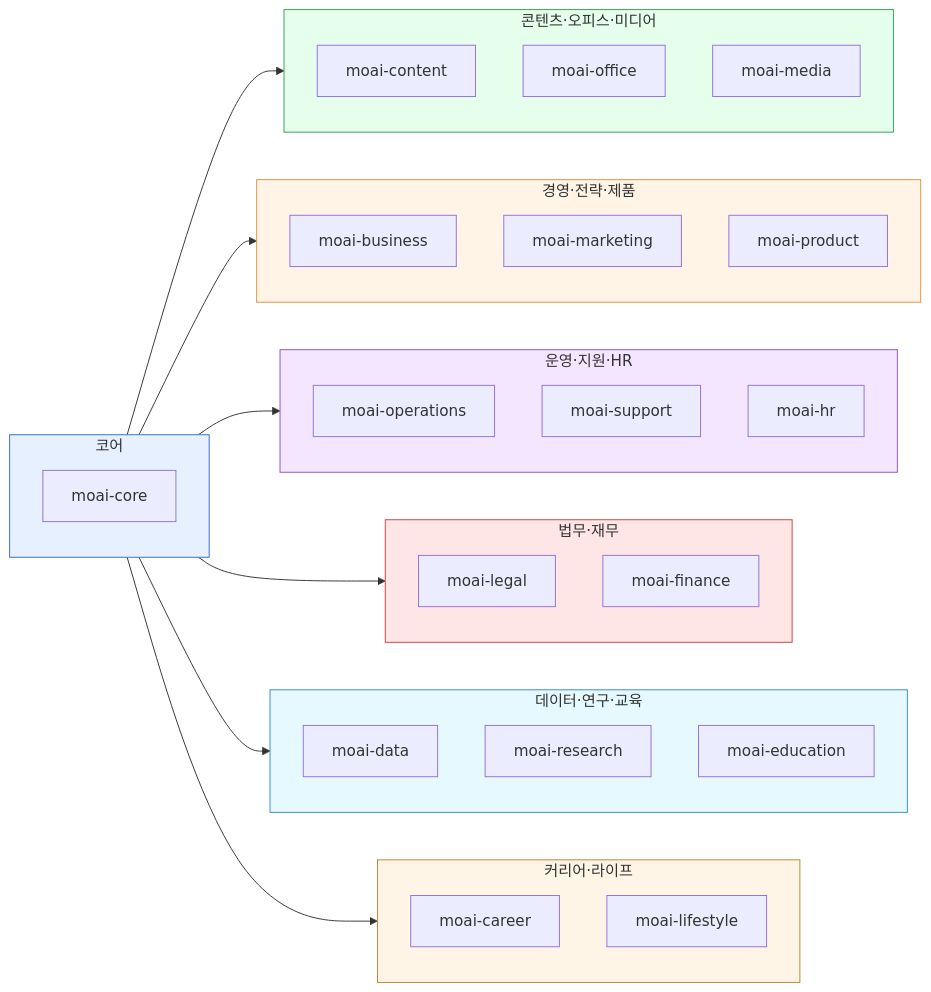
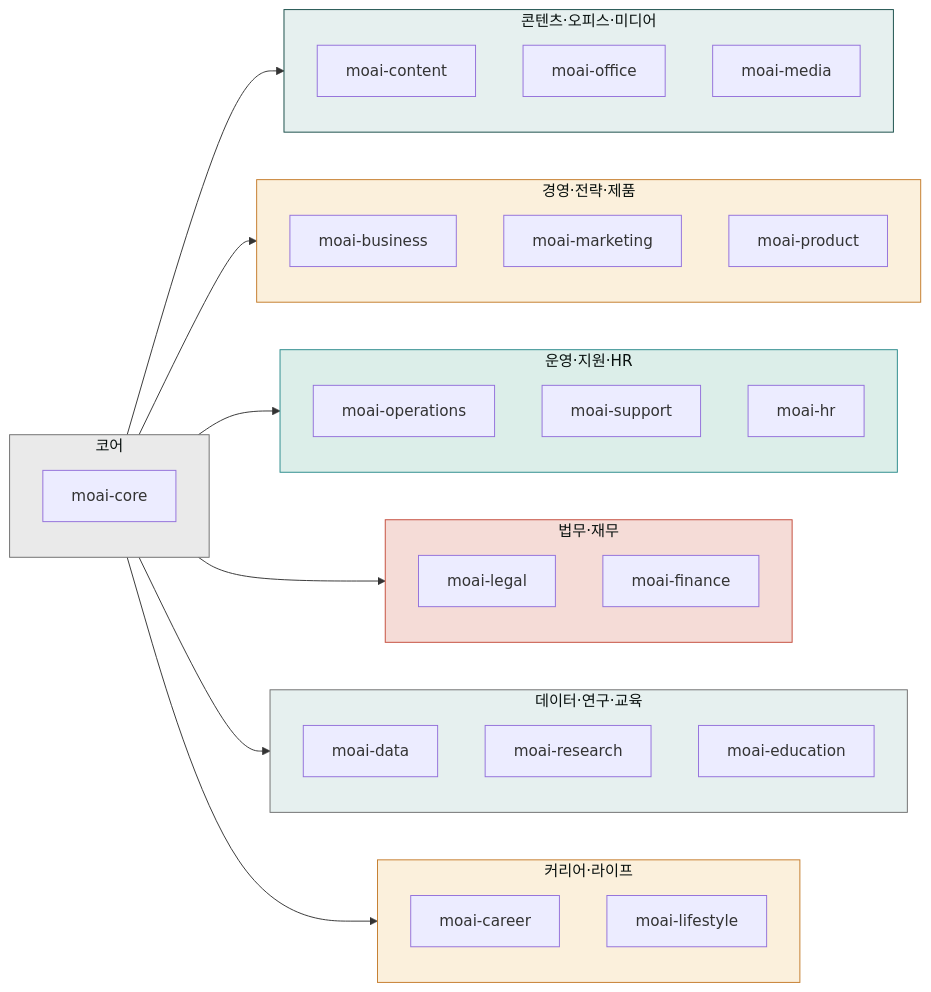
One commit to modu-ai/claude changed the diagram in content/plugins/_index.md. Above: the diagram before and after it, drawn with Mermaid. The commit also changed 97 other files, not shown here.

First line of the commit message:
style(docs-site): mermaid 색상 브랜드 정합 + 라이트 테마 단일화

````diff
--- a/content/plugins/_index.md
+++ b/content/plugins/_index.md
@@ -13,49 +13,49 @@
 ```mermaid
 flowchart LR
     subgraph Core["코어"]
         MC[moai-core]
     end
     subgraph Content["콘텐츠·오피스·미디어"]
         MN[moai-content]
         MO[moai-office]
         MM[moai-media]
     end
     subgraph Biz["경영·전략·제품"]
         MB[moai-business]
         MK[moai-marketing]
         MP[moai-product]
     end
     subgraph Ops["운영·지원·HR"]
         MO2[moai-operations]
         MS[moai-support]
         MH[moai-hr]
     end
     subgraph Legal["법무·재무"]
         ML[moai-legal]
         MF[moai-finance]
     end
     subgraph Data["데이터·연구·교육"]
         MD[moai-data]
         MR[moai-research]
         ME[moai-education]
     end
     subgraph Life["커리어·라이프"]
         MC2[moai-career]
         ML2[moai-lifestyle]
     end
 
     Core --> Content
     Core --> Biz
     Core --> Ops
     Core --> Legal
     Core --> Data
     Core --> Life
 
-    style Core fill:#e6f0ff,stroke:#3070d0
-    style Content fill:#e6ffec,stroke:#30a050
-    style Biz fill:#fff4e6,stroke:#e09040
-    style Ops fill:#f5e6ff,stroke:#9050d0
-    style Legal fill:#ffe6e6,stroke:#d04040
-    style Data fill:#e6f9ff,stroke:#3090c0
-    style Life fill:#fff5e6,stroke:#c08030
+    style Core fill:#eaeaea,stroke:#6e6e6e,color:#09110f
+    style Content fill:#e6f0ef,stroke:#144a46,color:#09110f
+    style Biz fill:#fbf0dc,stroke:#c47b2a,color:#09110f
+    style Ops fill:#dceee9,stroke:#2a8a8c,color:#09110f
+    style Legal fill:#f5dcd7,stroke:#c44a3a,color:#09110f
+    style Data fill:#e6f0ef,stroke:#6e6e6e,color:#09110f
+    style Life fill:#fbf0dc,stroke:#c47b2a,color:#09110f
 ```
````
